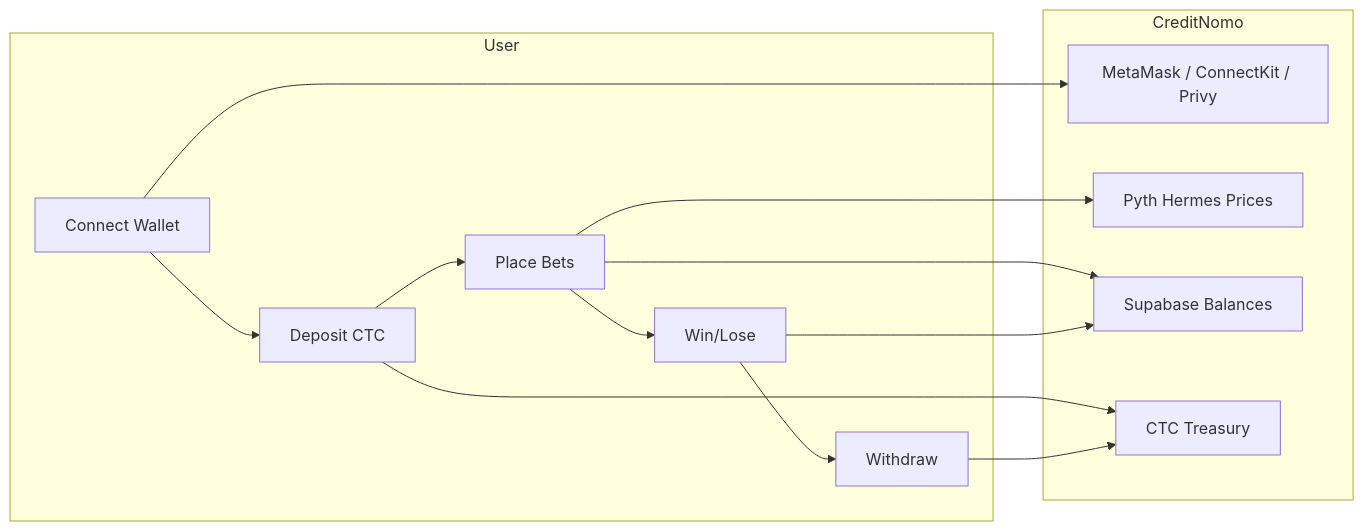
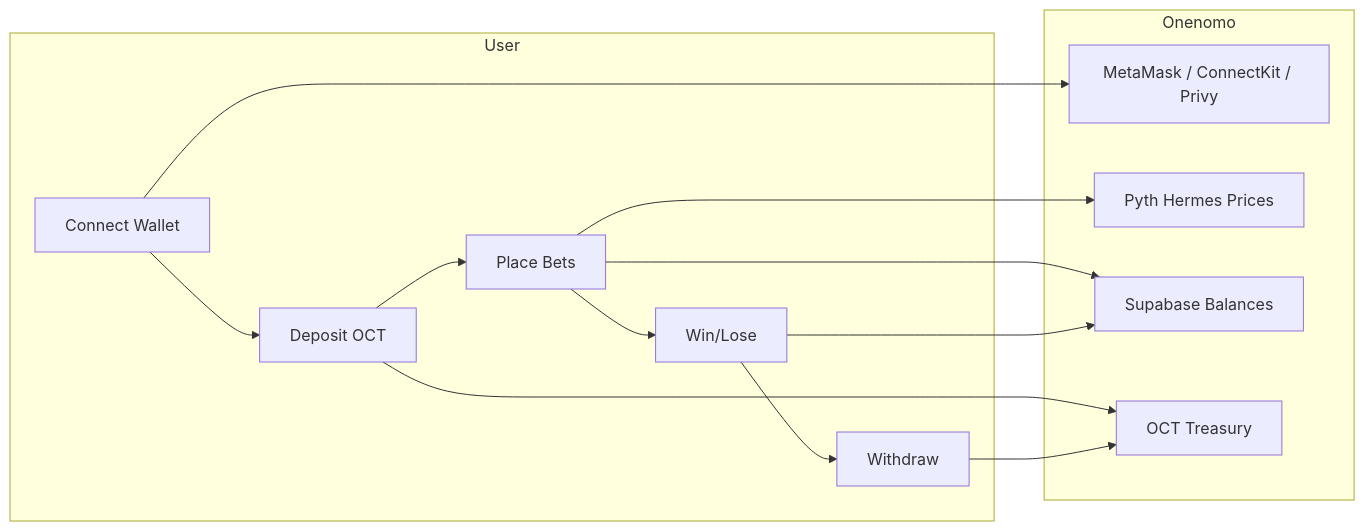
Before and after one commit to AmaanSayyad/Onenomo: the first of 4 diagrams in README.md, drawn with Mermaid. The commit also changed other lines of this file and 91 other files, not shown here.

````diff
--- a/README.md
+++ b/README.md
@@ -137,21 +137,21 @@
 ```mermaid
 flowchart LR
     subgraph User
-        A[Connect Wallet] --> B[Deposit CTC]
+        A[Connect Wallet] --> B[Deposit OCT]
         B --> C[Place Bets]
         C --> D[Win/Lose]
         D --> E[Withdraw]
     end
-    subgraph CreditNomo
+    subgraph Onenomo
         F[MetaMask / ConnectKit / Privy]
         G[Pyth Hermes Prices]
         H[Supabase Balances]
-        I[CTC Treasury]
+        I[OCT Treasury]
     end
     A --> F
     B --> I
     C --> G
     C --> H
     D --> H
     E --> I
 ```
````
